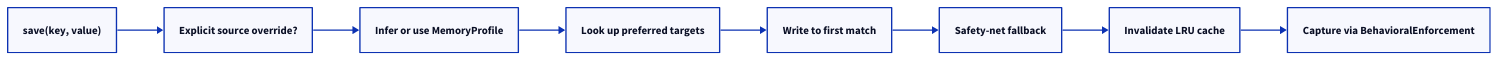
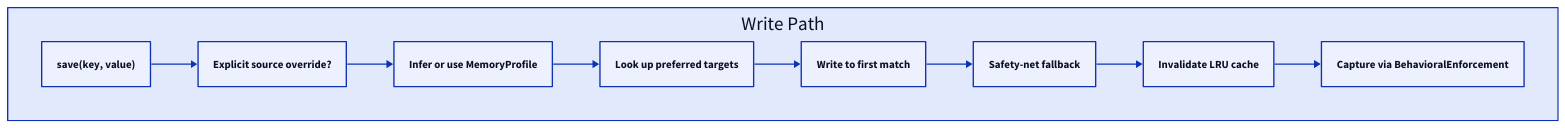
One commit to BuboTheWise/MemChorus changed the diagram in diagrams/write_path.d2. Above: the diagram before and after it, drawn with D2. The commit also changed 4 other files, not shown here.

Commit message:
docs(readme): scale up pipeline diagrams (--scale=2); add Multi-Wing routing to main docs

```diff
--- a/diagrams/write_path.d2
+++ b/diagrams/write_path.d2
@@ -1,24 +1,26 @@
 vars: {
   d2-config: {
     layout-engine: elk
   }
 }
 
 direction: right
 
-save: "save(key, value)"
-override: "Explicit source override?"
-profile: "Infer or use MemoryProfile"
-targets: "Look up preferred targets"
-write: "Write to first match"
-fallback: "Safety-net fallback"
-lru: "Invalidate LRU cache"
-capture: "Capture via BehavioralEnforcement"
+Write Path {
+  save: "save(key, value)"
+  override: "Explicit source override?"
+  profile: "Infer or use MemoryProfile"
+  targets: "Look up preferred targets"
+  write: "Write to first match"
+  fallback: "Safety-net fallback"
+  lru: "Invalidate LRU cache"
+  capture: "Capture via BehavioralEnforcement"
 
-save -> override
-override -> profile
-profile -> targets
-targets -> write
-write -> fallback
-fallback -> lru
-lru -> capture
+  save -> override
+  override -> profile
+  profile -> targets
+  targets -> write
+  write -> fallback
+  fallback -> lru
+  lru -> capture
+}
```
